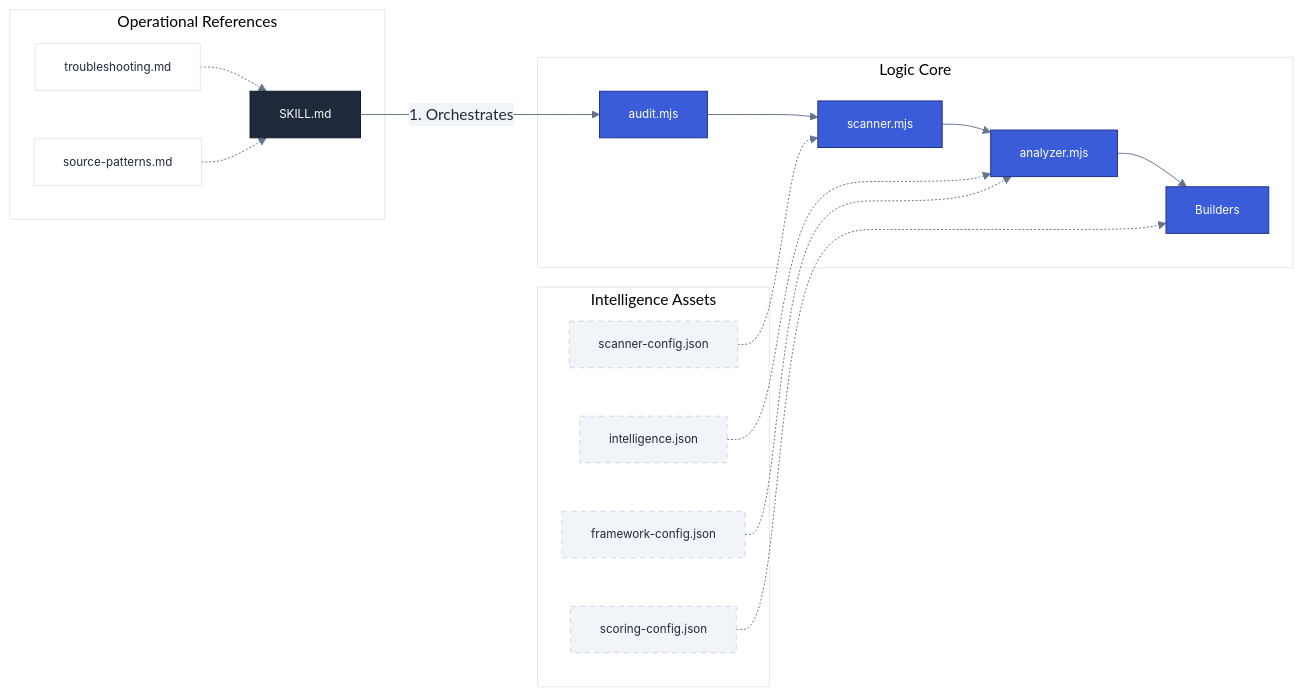
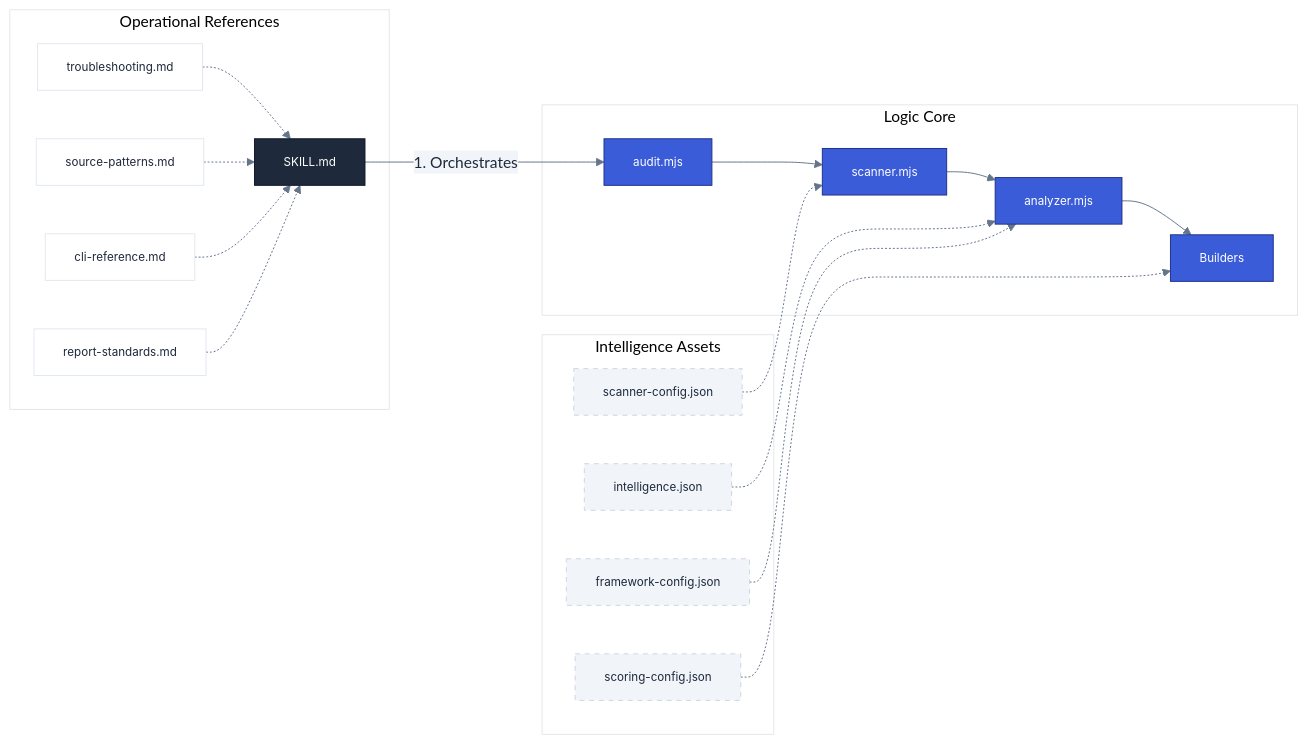
One commit to diegovelasquezweb/a11y-skill changed the diagram in docs/engine-manifest.md. Above: the diagram before and after it, drawn with Mermaid. The commit also changed other lines of this file and 5 other files, not shown here.

Commit message:
feat: Introduce new CLI flags for framework, viewport, and report generation, and expand manual audit criteria.

````diff
--- a/docs/engine-manifest.md
+++ b/docs/engine-manifest.md
@@ -75,32 +75,34 @@
 ```mermaid
 %%{init: { 'theme': 'base', 'themeVariables': { 'primaryColor': '#3b5cd9', 'primaryTextColor': '#1e293b', 'primaryBorderColor': '#1e308a', 'lineColor': '#64748b', 'secondaryColor': '#f1f5f9', 'tertiaryColor': '#fff', 'mainBkg': '#fff', 'nodeBorder': '#e2e8f0' } } }%%
 flowchart LR
     A[SKILL.md] -- "1. Orchestrates" --> B[audit.mjs]
 
     subgraph Engine ["Logic Core"]
         B --> C[scanner.mjs]
         C --> D[analyzer.mjs]
         D --> E[Builders]
     end
 
     subgraph Data ["Intelligence Assets"]
         AS1[scanner-config.json] -.-> C
         AS2[intelligence.json] -.-> D
         AS3[framework-config.json] -.-> D
         AS4[scoring-config.json] -.-> E
     end
 
     subgraph Knowledge ["Operational References"]
         R1[troubleshooting.md] -.-> A
         R2[source-patterns.md] -.-> A
+        R3[cli-reference.md] -.-> A
+        R4[report-standards.md] -.-> A
     end
 
     classDef default font-family:Inter,sans-serif,font-size:12px;
     classDef playbook fill:#1e293b,color:#fff,stroke:#0f172a;
     classDef core fill:#3b5cd9,color:#fff,stroke:#1e308a;
     classDef storage fill:#f1f5f9,stroke:#cbd5e1,stroke-dasharray: 5 5;
 
     class A playbook;
     class B,C,D,E core;
     class AS1,AS2,AS3,AS4 storage;
 ```
````
